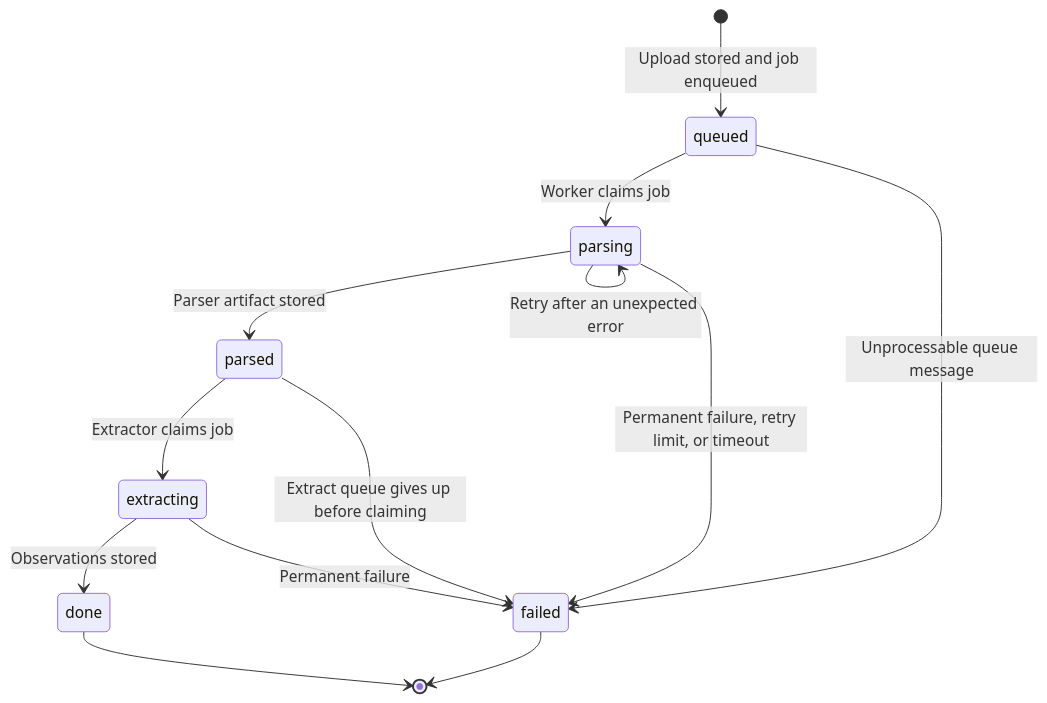
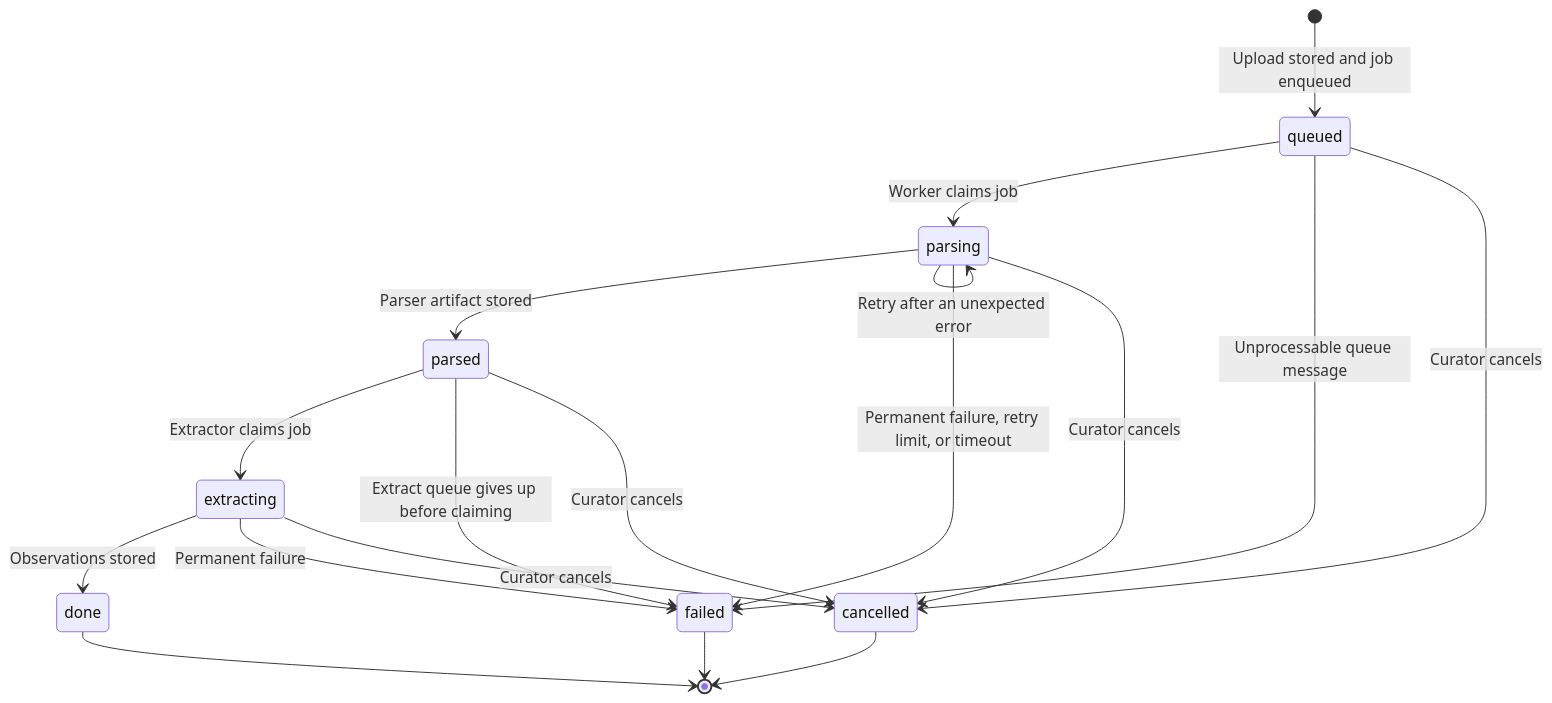
One commit to BioParser/BioParser changed the third of 4 diagrams in docs/architecture.md. Above: the diagram before and after it, drawn with Mermaid. The commit also changed other lines of this file and 27 other files, not shown here.

````diff
--- a/docs/architecture.md
+++ b/docs/architecture.md
@@ -186,15 +187,20 @@
 ```mermaid
 stateDiagram-v2
     [*] --> queued: Upload stored and job enqueued
     queued --> parsing: Worker claims job
     queued --> failed: Unprocessable queue message
     parsing --> parsed: Parser artifact stored
     parsing --> parsing: Retry after an unexpected error
     parsing --> failed: Permanent failure, retry limit, or timeout
     parsed --> extracting: Extractor claims job
     parsed --> failed: Extract queue gives up before claiming
     extracting --> done: Observations stored
     extracting --> failed: Permanent failure
+    queued --> cancelled: Curator cancels
+    parsing --> cancelled: Curator cancels
+    parsed --> cancelled: Curator cancels
+    extracting --> cancelled: Curator cancels
     done --> [*]
     failed --> [*]
+    cancelled --> [*]
 ```
````
